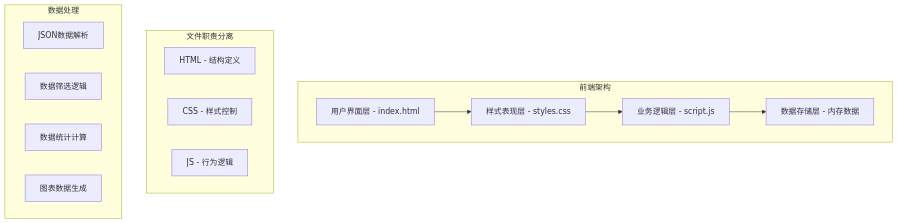
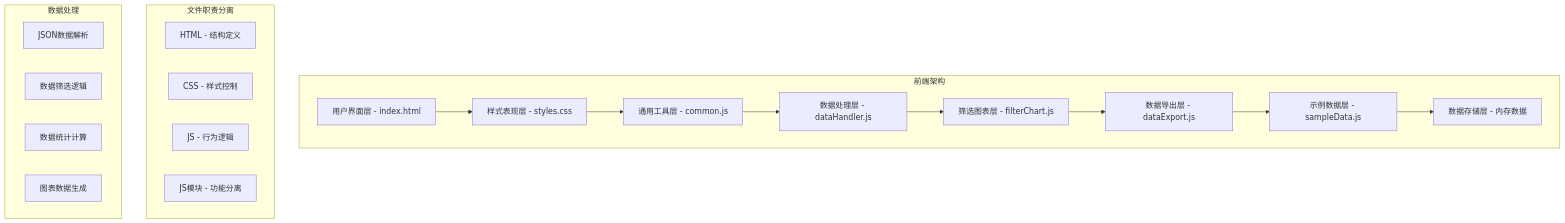
Before and after one commit to DelononLiu/afunc-agent: the second of 2 diagrams in examples/lmbench/设计文档.md, drawn with Mermaid. The commit also changed other lines of this file, not shown here.

````diff
--- a/examples/lmbench/设计文档.md
+++ b/examples/lmbench/设计文档.md
@@ -60,26 +84,35 @@
 ```mermaid
 graph TB
     subgraph "前端架构"
         A[用户界面层 - index.html]
         B[样式表现层 - styles.css]
-        C[业务逻辑层 - script.js]
-        D[数据存储层 - 内存数据]
+        C[通用工具层 - common.js]
+        D[数据处理层 - dataHandler.js]
+        E[筛选图表层 - filterChart.js]
+        F[数据导出层 - dataExport.js]
+        G[示例数据层 - sampleData.js]
+        H[数据存储层 - 内存数据]
     end
     
     A --> B
     B --> C
     C --> D
+    D --> E
+    E --> F
+    F --> G
+    G --> H
     
     subgraph "文件职责分离"
         A1[HTML - 结构定义]
         A2[CSS - 样式控制]
         A3[JS - 行为逻辑]
+        A4[JS模块 - 功能分离]
     end
     
     subgraph "数据处理"
         B1[JSON数据解析]
         B2[数据筛选逻辑]
         B3[数据统计计算]
         B4[图表数据生成]
     end
 ```
````
